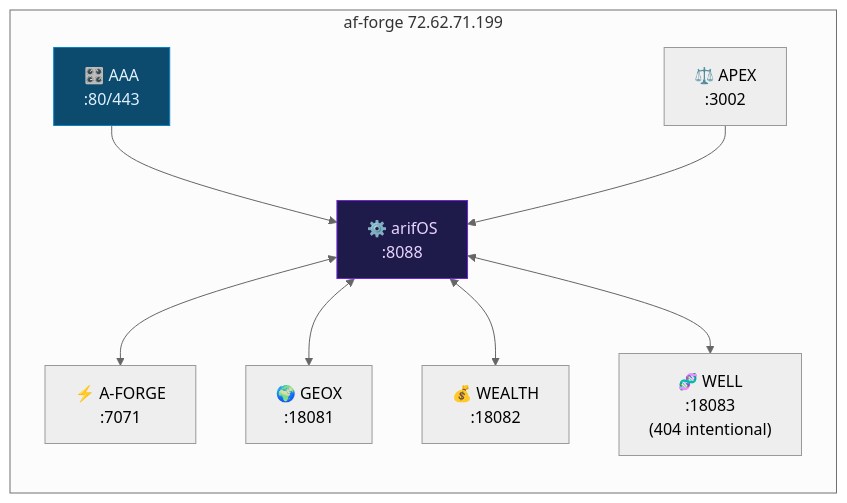
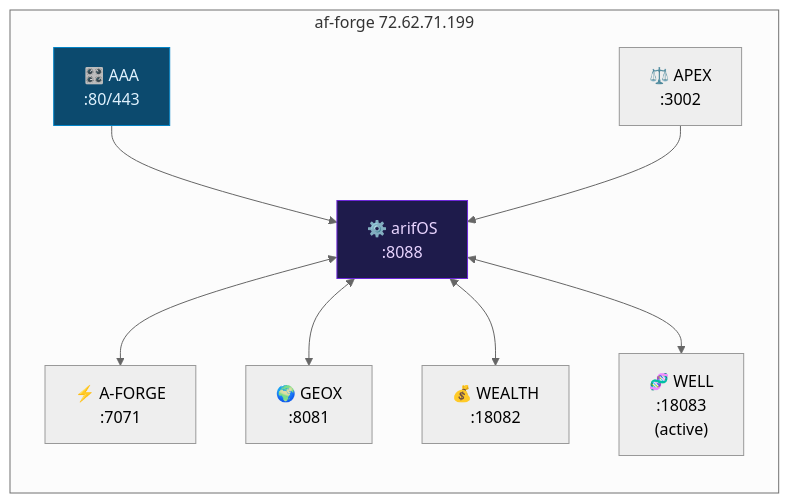
The fifth of 5 diagrams in README.md (ariffazil/arifos), drawn with Mermaid (neutral theme) before and after one commit. The commit also changed other lines of this file, not shown here.

First line of the commit message:
docs(readme): SOT sync — fix GEOX port 18081→8081, WELL active, kanon SHA, file paths

````diff
--- a/README.md
+++ b/README.md
@@ -278,22 +278,22 @@
 ```mermaid
 graph LR
     subgraph VPS ["af-forge  72.62.71.199"]
         A["⚙️ arifOS\n:8088"] 
         B["⚡ A-FORGE\n:7071"]
-        C["🌍 GEOX\n:18081"]
+        C["🌍 GEOX\n:8081"]
         D["💰 WEALTH\n:18082"]
-        E["🧬 WELL\n:18083\n(404 intentional)"]
+        E["🧬 WELL\n:18083\n(active)"]
         F["🎛️ AAA\n:80/443"]
         G["⚖️ APEX\n:3002"]
     end
 
     A <--> B
     A <--> C
     A <--> D
     A <--> E
     F --> A
     G --> A
 
     style A fill:#1e1b4b,stroke:#6d28d9,color:#e9d5ff
     style F fill:#0c4a6e,stroke:#0284c7,color:#e0f2fe
 ```
````
